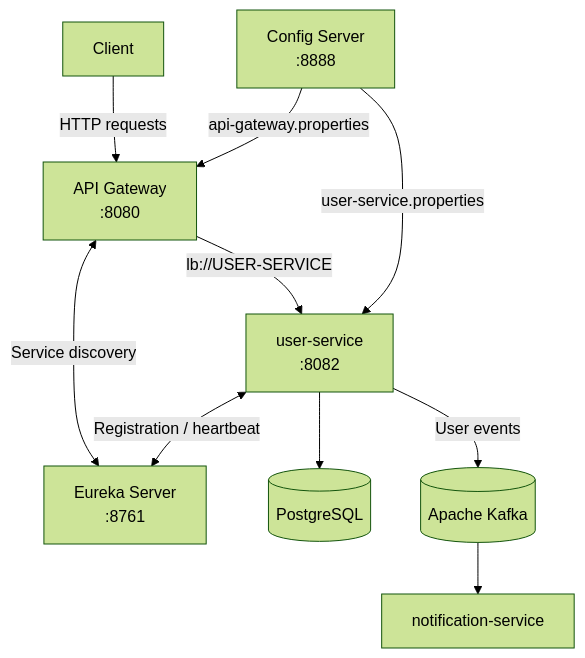
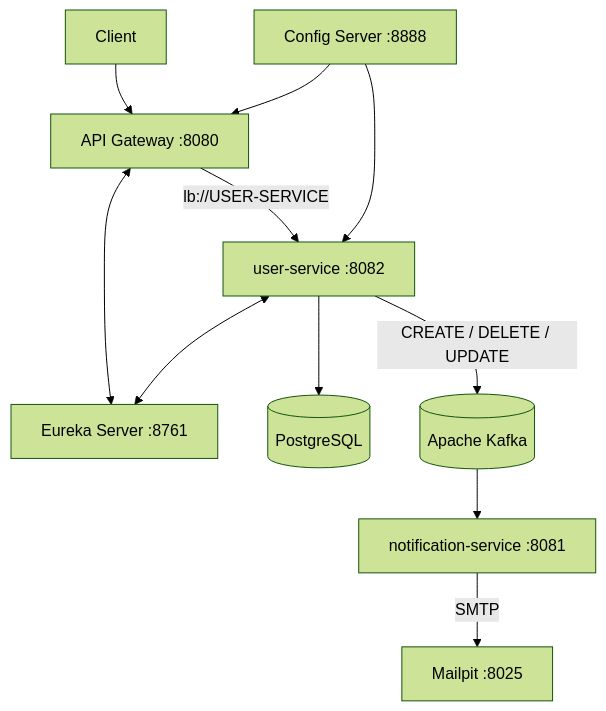
The diagram in README.md (AnastasiArchi/user-service), drawn with Mermaid (forest theme) before and after one commit. The commit also changed other lines of this file, not shown here.

````diff
--- a/README.md
+++ b/README.md
@@ -87,23 +34,25 @@
 ```mermaid
 flowchart TD
     Client["Client"]
-    Gateway["API Gateway<br/>:8080"]
-    Eureka["Eureka Server<br/>:8761"]
-    User["user-service<br/>:8082"]
-    Config["Config Server<br/>:8888"]
+    Gateway["API Gateway :8080"]
+    Eureka["Eureka Server :8761"]
+    Config["Config Server :8888"]
+    User["user-service :8082"]
     DB[("PostgreSQL")]
     Kafka[("Apache Kafka")]
-    Notification["notification-service"]
+    Notification["notification-service :8081"]
+    Mailpit["Mailpit :8025"]
 
-    Client -->|"HTTP requests"| Gateway
-    Gateway <-->|"Service discovery"| Eureka
-    User <-->|"Registration / heartbeat"| Eureka
+    Client --> Gateway
+    Gateway <--> Eureka
     Gateway -->|"lb://USER-SERVICE"| User
 
-    Config -->|"user-service.properties"| User
-    Config -->|"api-gateway.properties"| Gateway
+    Config --> Gateway
+    Config --> User
 
+    User <--> Eureka
     User --> DB
-    User -->|"User events"| Kafka
+    User -->|"CREATE / DELETE / UPDATE"| Kafka
     Kafka --> Notification
+    Notification -->|"SMTP"| Mailpit
 ```
````
